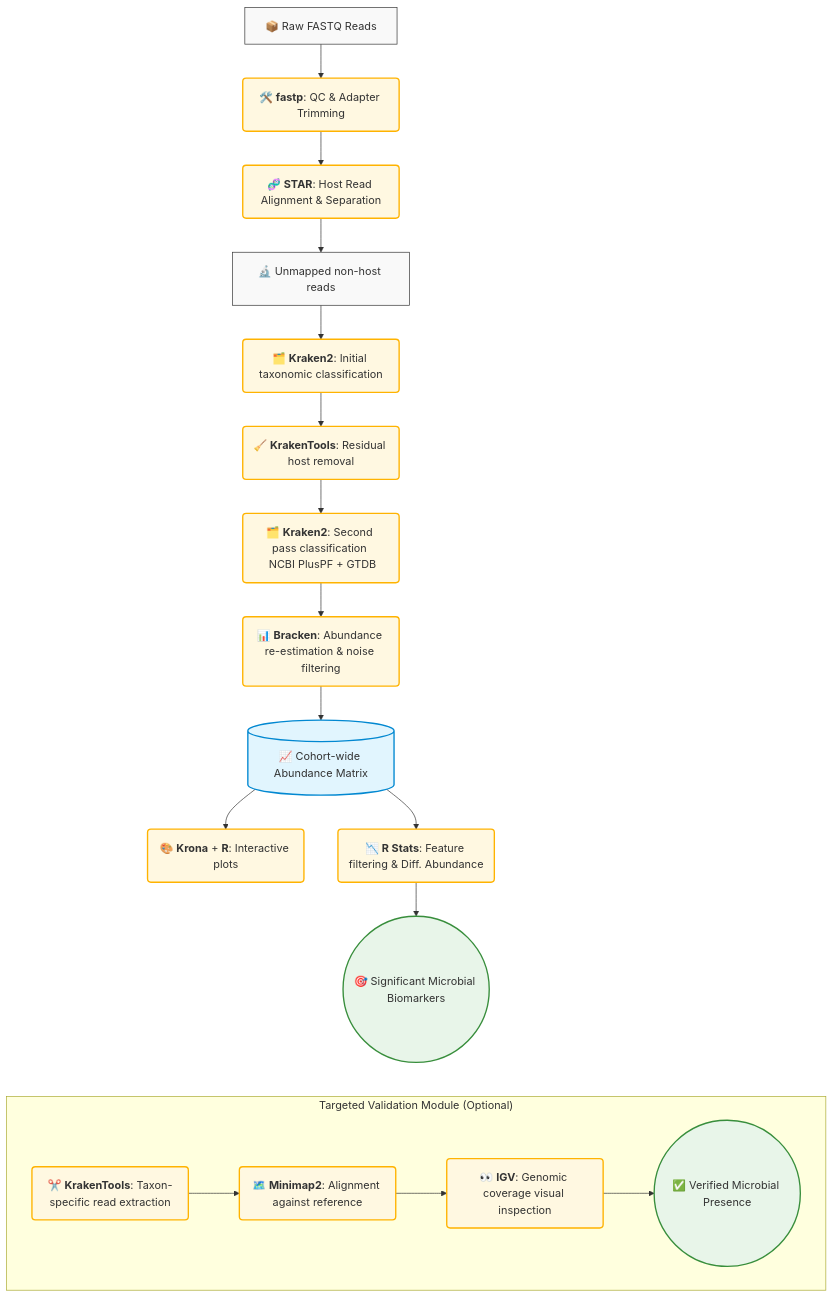
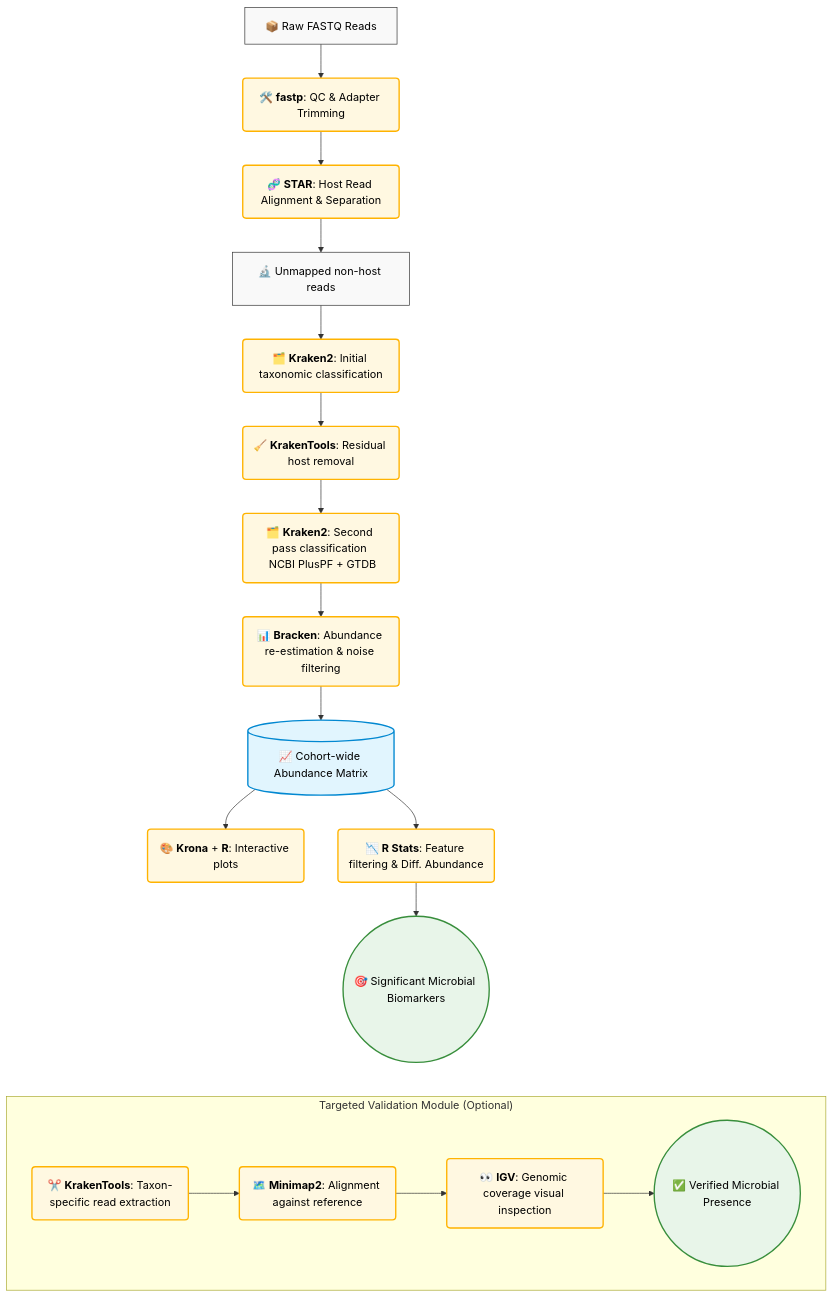
Before and after one commit to molinerisLab/snakeRnaSeq: the diagram in README_Metagenome.md, drawn with Mermaid. The commit also changed other lines of this file, not shown here.

Commit message:
readme update

````diff
--- a/README_Metagenome.md
+++ b/README_Metagenome.md
@@ -10,39 +9,39 @@
 ```mermaid
 flowchart TD
     %% Core Pipeline
     A[📦 Raw FASTQ Reads] --> B(🛠️ <b>fastp</b>: QC & Adapter Trimming)
     B --> C(🧬 <b>STAR</b>: Host Read Alignment & Separation)
     C --> D[🔬 Unmapped non-host reads]
     D --> E(🗂️ <b>Kraken2</b>: Initial taxonomic classification)
     E --> F(🧹 <b>KrakenTools</b>: Residual host removal)
     F --> G(🗂️ <b>Kraken2</b>: Second pass classification <br> NCBI PlusPF + GTDB)
     G --> H(📊 <b>Bracken</b>: Abundance re-estimation & noise filtering)
     H --> I[(📈 Cohort-wide Abundance Matrix)]
     
     %% Forking paths for downstream analysis
     I --> J(🎨 <b>Krona</b> + <b>R</b>: Interactive plots)
     I --> K(📉 <b>R Stats</b>: Feature filtering & Diff. Abundance)
     K --> L((🎯 Significant Microbial Biomarkers))
 
     %% Structural Anchor: Tethering to the subgraph container itself
     L ~~~ Validation
 
     %% Optional Validation Module enclosed in a subgraph
     subgraph Validation ["Targeted Validation Module (Optional)"]
         direction LR
         M(✂️ <b>KrakenTools</b>: Taxon-specific read extraction) --> N(🗺️ <b>Minimap2</b>: Alignment against reference)
         N --> O(👀 <b>IGV</b>: Genomic coverage visual inspection)
         O --> P((✅ Verified Microbial Presence))
     end
     
-    %% Styling
-    classDef default fill:#f9f9f9,stroke:#333,stroke-width:1px;
-    classDef matrix fill:#e1f5fe,stroke:#0288d1,stroke-width:2px;
-    classDef endpoint fill:#e8f5e9,stroke:#388e3c,stroke-width:2px;
-    classDef toolNode fill:#fff8e1,stroke:#ffb300,stroke-width:2px;
+    %% Styling - Explicitly locking text to black (color:#000) for Dark Mode compatibility
+    classDef default fill:#f9f9f9,stroke:#333,stroke-width:1px,color:#000;
+    classDef matrix fill:#e1f5fe,stroke:#0288d1,stroke-width:2px,color:#000;
+    classDef endpoint fill:#e8f5e9,stroke:#388e3c,stroke-width:2px,color:#000;
+    classDef toolNode fill:#fff8e1,stroke:#ffb300,stroke-width:2px,color:#000;
     
     %% Applying Classes
     class I matrix;
     class L,P endpoint;
     class B,C,E,F,G,H,J,K,M,N,O toolNode;
 ```
````
